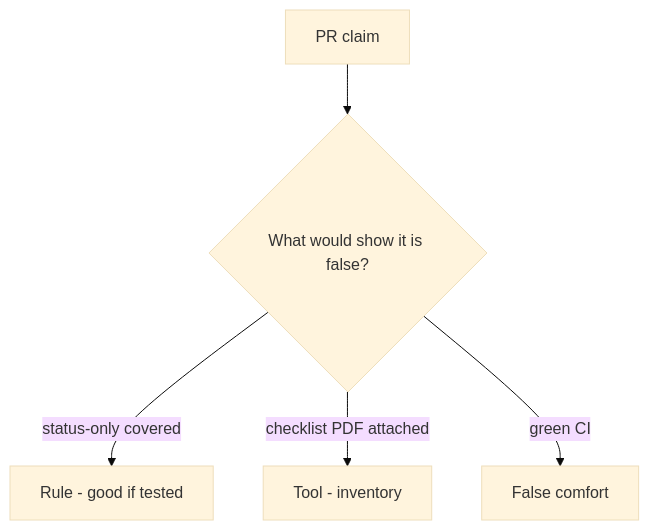
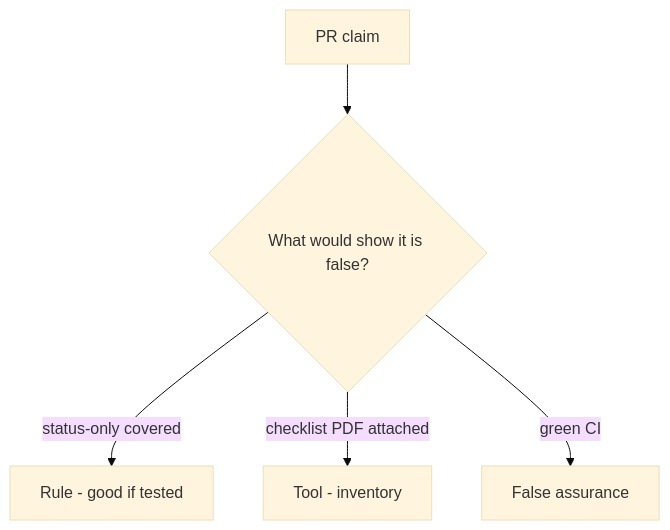
The diagram in content/modules/9/9.1/lessons/08-review.md (ishitvagoel/LearnSecurity), drawn with Mermaid (base theme) before and after one commit. The commit also changed other lines of this file and 240 other files, not shown here.

````diff
--- a/content/modules/9/9.1/lessons/08-review.md
+++ b/content/modules/9/9.1/lessons/08-review.md
@@ -18,7 +18,7 @@
 ```mermaid
 flowchart TD
   Claim[PR claim] --> Q{"What would show it is false?"}
   Q -->|status-only covered| Property["Rule - good if tested"]
   Q -->|checklist PDF attached| Mechanism[Tool - inventory]
-  Q -->|green CI| False[False comfort]
+  Q -->|green CI| False[False assurance]
 ```
````
